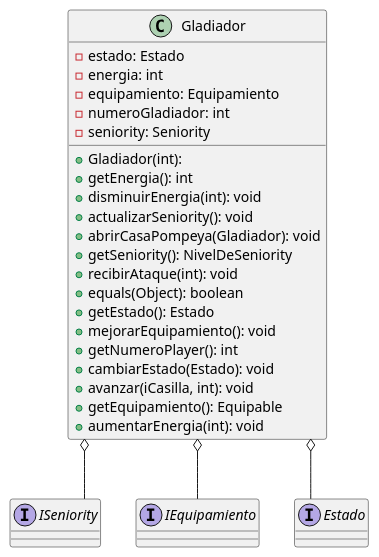
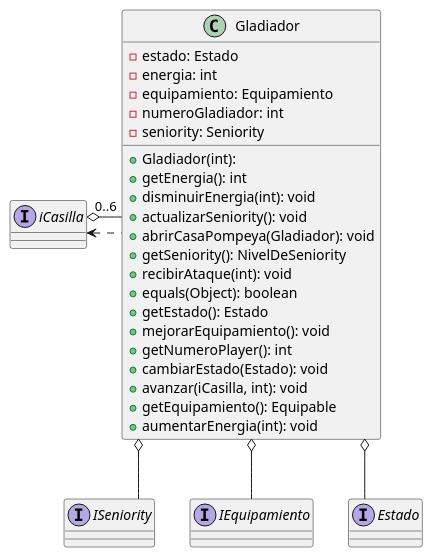
One commit to mcumskov/Algo3_tp2 changed the diagram in diagrams/clases/DiagramasParaInforme/diagramaGladiadorChiquito.puml. Above: the diagram before and after it, drawn with PlantUML. The commit also changed 4 other files, not shown here.

Commit message:
cambio a diagramas

```diff
--- a/diagrams/clases/DiagramasParaInforme/diagramaGladiadorChiquito.puml
+++ b/diagrams/clases/DiagramasParaInforme/diagramaGladiadorChiquito.puml
@@ -1,38 +1,40 @@
 @startuml
 skinparam linetype ortho
 
 class Gladiador {
   + Gladiador(int):
   - estado: Estado
   - energia: int
   - equipamiento: Equipamiento
   - numeroGladiador: int
   - seniority: Seniority
   + getEnergia(): int
   + disminuirEnergia(int): void
   + actualizarSeniority(): void
   + abrirCasaPompeya(Gladiador): void
   + getSeniority(): NivelDeSeniority
   + recibirAtaque(int): void
   + equals(Object): boolean
   + getEstado(): Estado
   + mejorarEquipamiento(): void
   + getNumeroPlayer(): int
   + cambiarEstado(Estado): void
   + avanzar(iCasilla, int): void
   + getEquipamiento(): Equipable
   + aumentarEnergia(int): void
 }
 
 interface ISeniority
 interface IEquipamiento
 interface Estado
+interface iCasilla
 
+iCasilla o- "0..6 " Gladiador
 
-
+iCasilla <. Gladiador
 Gladiador o-- ISeniority
 Gladiador o-- IEquipamiento
 Gladiador o-- Estado
 
 
 @enduml
```
